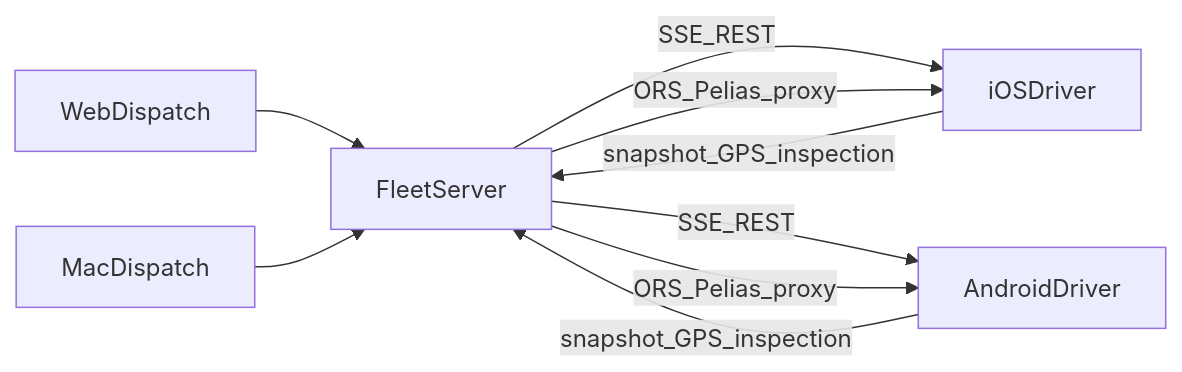
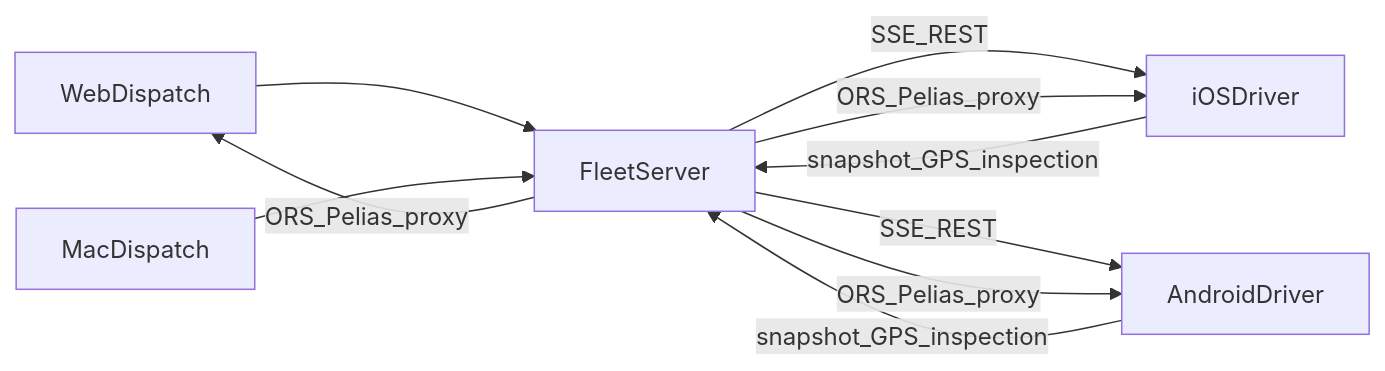
The third of 3 diagrams in Docs/architecture.md (thesnjk/RouteFinder), drawn with Mermaid before and after one commit. The commit also changed other lines of this file and 11 other files, not shown here.

````diff
--- a/Docs/architecture.md
+++ b/Docs/architecture.md
@@ -77,11 +77,12 @@
 ```mermaid
 flowchart LR
     WebDispatch --> FleetServer
     MacDispatch --> FleetServer
     FleetServer -->|SSE_REST| iOSDriver
     FleetServer -->|SSE_REST| AndroidDriver
     FleetServer -->|ORS_Pelias_proxy| iOSDriver
     FleetServer -->|ORS_Pelias_proxy| AndroidDriver
+    FleetServer -->|ORS_Pelias_proxy| WebDispatch
     iOSDriver -->|snapshot_GPS_inspection| FleetServer
     AndroidDriver -->|snapshot_GPS_inspection| FleetServer
 ```
````
